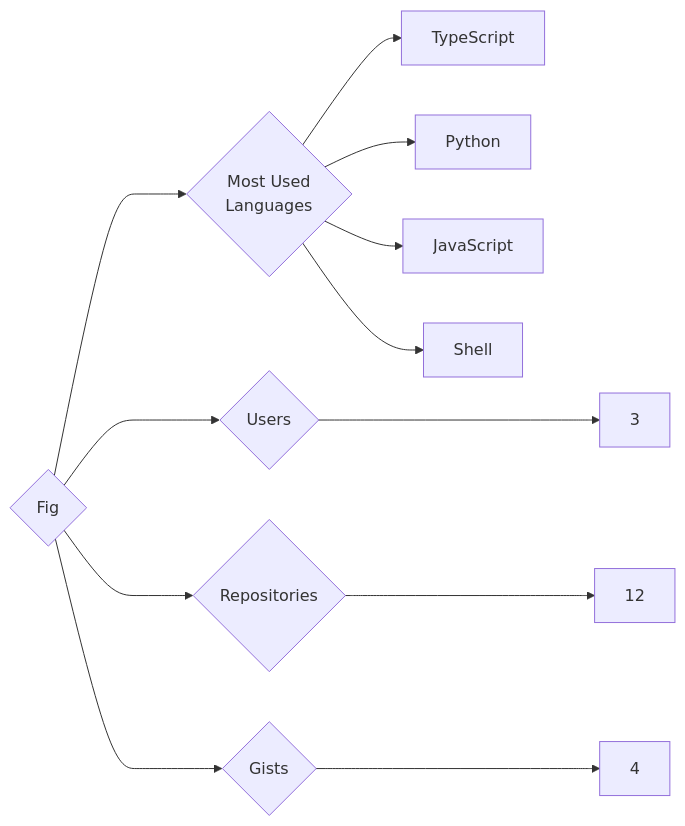
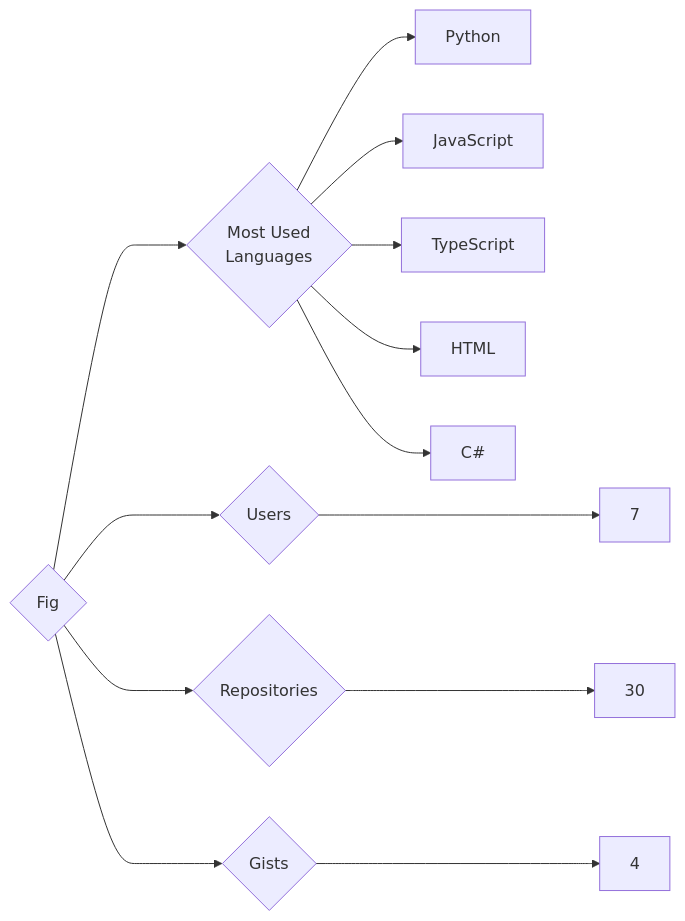
Before and after one commit to trickest/insiders: the diagram in targets/Fig/README.md, drawn with Mermaid. The commit also changed 1088 other files, not shown here.

````diff
--- a/targets/Fig/README.md
+++ b/targets/Fig/README.md
@@ -3,12 +3,13 @@
 ```mermaid
 graph LR
 COMPANY_NAME{Fig}
-COMPANY_NAME ---> U{Users} ---> UN[3]
-COMPANY_NAME ---> R{Repositories} ---> RN[12]
+COMPANY_NAME ---> U{Users} ---> UN[7]
+COMPANY_NAME ---> R{Repositories} ---> RN[30]
 COMPANY_NAME ---> G{Gists} ---> GN[4]
 COMPANY_NAME ---> ML{Most Used<br>Languages}
-ML --> TypeScript[TypeScript]
 ML --> Python[Python]
 ML --> JavaScript[JavaScript]
-ML --> Shell[Shell]
+ML --> TypeScript[TypeScript]
+ML --> HTML[HTML]
+ML --> C#[C#]
 ```
````
